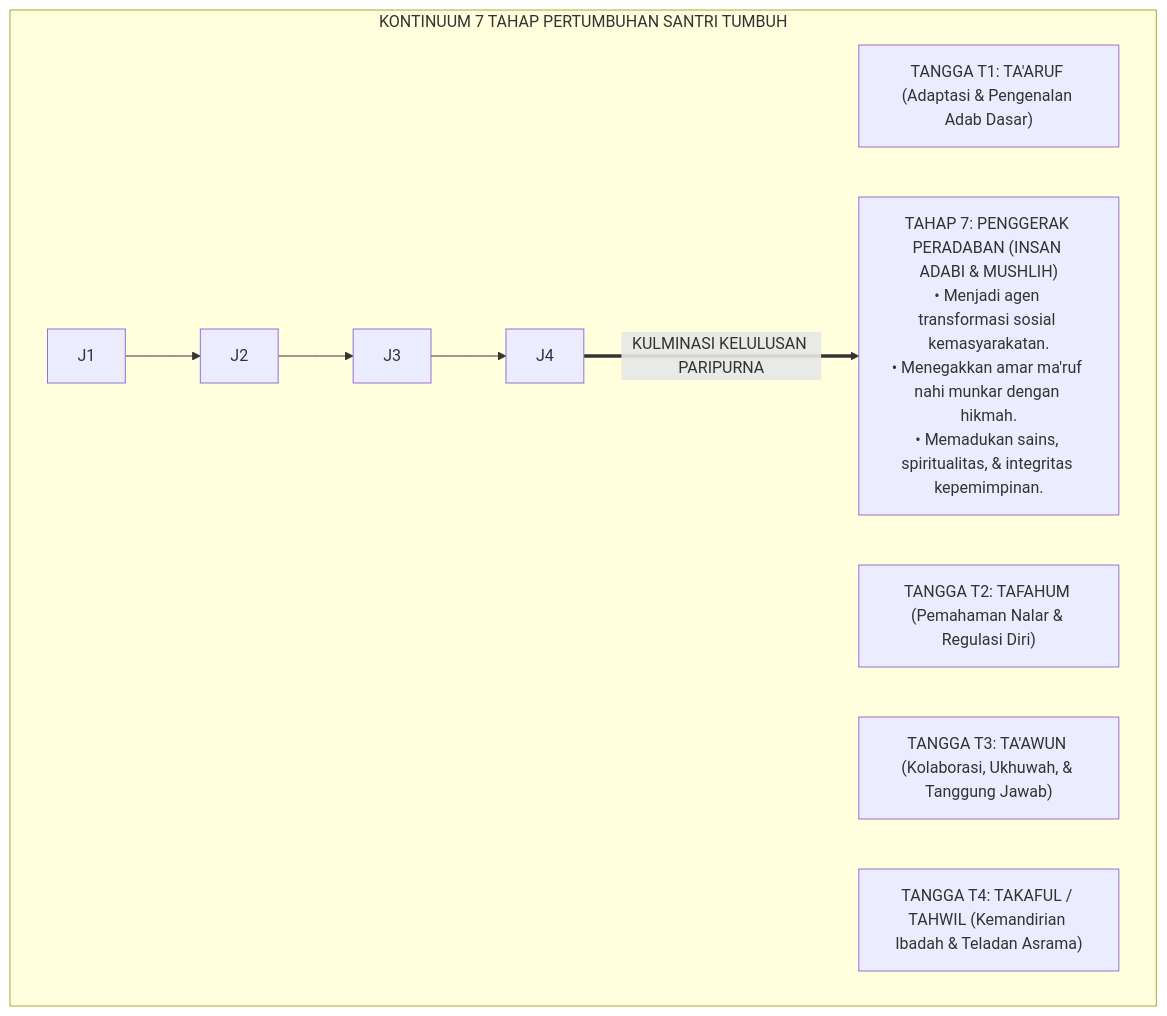
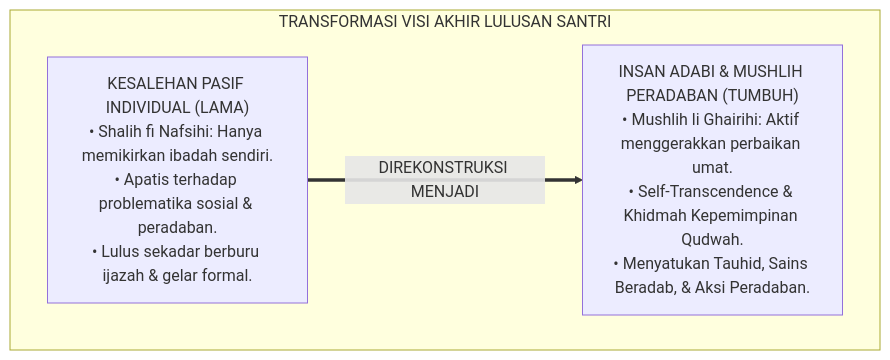
The first of 4 diagrams in 01 Philosophy/03 Human Development/P1-03-06-Puncak-Aktualisasi-Insan-Adabi-Tahap-7.md (wandiapriliyandi/tumbuh), drawn with Mermaid before and after one commit. The commit also changed other lines of this file and 7 other files, not shown here.

````diff
--- a/01 Philosophy/03 Human Development/P1-03-06-Puncak-Aktualisasi-Insan-Adabi-Tahap-7.md
+++ b/01 Philosophy/03 Human Development/P1-03-06-Puncak-Aktualisasi-Insan-Adabi-Tahap-7.md
@@ -55,13 +55,10 @@
 ```mermaid
 flowchart TD
-    subgraph KontinuumPertumbuhanSantriTUMBUH["KONTINUUM 7 TAHAP PERTUMBUHAN SANTRI TUMBUH"]
-        T1["TANGGA T1: TA'ARUF (Adaptasi & Pengenalan Adab Dasar)"]
-        T2["TANGGA T2: TAFAHUM (Pemahaman Nalar & Regulasi Diri)"]
-        T3["TANGGA T3: TA'AWUN (Kolaborasi, Ukhuwah, & Tanggung Jawab)"]
-        T4["TANGGA T4: TAKAFUL / TAHWIL (Kemandirian Ibadah & Teladan Asrama)"]
+    subgraph TransformasiPuncakAktualisasi["TRANSFORMASI VISI AKHIR LULUSAN SANTRI"]
+        PolaPasifLama["KESALEHAN PASIF INDIVIDUAL (LAMA)<br/>• Shalih fi Nafsihi: Hanya memikirkan ibadah sendiri.<br/>• Apatis terhadap problematika sosial & peradaban.<br/>• Lulus sekadar berburu ijazah & gelar formal."]
         
-        Tahap7["TAHAP 7: PENGGERAK PERADABAN (INSAN ADABI & MUSHLIH)<br/>• Menjadi agen transformasi sosial kemasyarakatan.<br/>• Menegakkan amar ma'ruf nahi munkar dengan hikmah.<br/>• Memadukan sains, spiritualitas, & integritas kepemimpinan."]
+        PolaInsanAdabiTUMBUH["INSAN ADABI & MUSHLIH PERADABAN (TUMBUH)<br/>• Mushlih li Ghairihi: Aktif menggerakkan perbaikan umat.<br/>• Self-Transcendence & Khidmah Kepemimpinan Qudwah.<br/>• Menyatukan Tauhid, Sains Beradab, & Aksi Peradaban."]
         
-        J1 --> J2 --> J3 --> J4 ==>|KULMINASI KELULUSAN PARIPURNA| Tahap7
+        PolaPasifLama ==>|DIREKONSTRUKSI MENJADI| PolaInsanAdabiTUMBUH
     end
 ```
````
